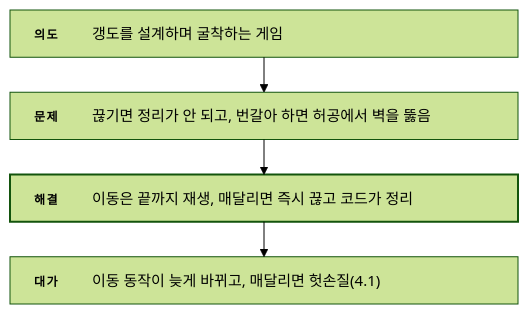
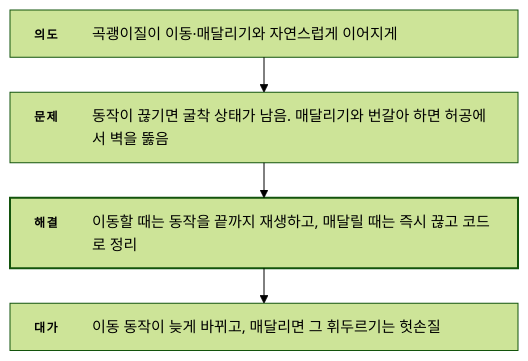
Before and after one commit to ashadeveloperr/ashadeveloperr.github.io: the fourth of 9 diagrams in src/1-folk-sack/기술문서.md, drawn with Mermaid (forest theme). The commit also changed other lines of this file and 6 other files, not shown here.

````diff
--- a/src/1-folk-sack/기술문서.md
+++ b/src/1-folk-sack/기술문서.md
@@ -185,18 +203,18 @@
 ```mermaid
 ---
 config:
   layout: elk
   flowchart:
     wrappingWidth: 520
     padding: 12
 ---
 flowchart TB
   %% feature-flow — _local/flow-diagrams.py가 만듦
-  I["<div style='width:460px;display:flex;gap:14px;align-items:baseline;text-align:left;white-space:normal'><span style='flex:0 0 44px;padding-top:2px;font-size:12px;font-weight:700;letter-spacing:.12em;color:var(--accent-ink)'>의도</span><span style='flex:1;font-size:15px;line-height:1.55;color:var(--ink)'>갱도를 설계하며 굴착하는 게임</span></div>"]
-  P["<div style='width:460px;display:flex;gap:14px;align-items:baseline;text-align:left;white-space:normal'><span style='flex:0 0 44px;padding-top:2px;font-size:12px;font-weight:700;letter-spacing:.12em;color:var(--accent-ink)'>문제</span><span style='flex:1;font-size:15px;line-height:1.55;color:var(--ink)'>끊기면 정리가 안 되고, 번갈아 하면 허공에서 벽을 뚫음</span></div>"]
-  S["<div style='width:460px;display:flex;gap:14px;align-items:baseline;text-align:left;white-space:normal'><span style='flex:0 0 44px;padding-top:2px;font-size:12px;font-weight:700;letter-spacing:.12em;color:var(--accent-ink)'>해결</span><span style='flex:1;font-size:15px;line-height:1.55;color:var(--ink)'>이동은 끝까지 재생, 매달리면 즉시 끊고 코드가 정리</span></div>"]
-  R["<div style='width:460px;display:flex;gap:14px;align-items:baseline;text-align:left;white-space:normal'><span style='flex:0 0 44px;padding-top:2px;font-size:12px;font-weight:700;letter-spacing:.12em;color:var(--accent-ink)'>대가</span><span style='flex:1;font-size:15px;line-height:1.55;color:var(--ink)'>이동 동작이 늦게 바뀌고, 매달리면 헛손질(4.1)</span></div>"]
+  I["<div style='width:460px;display:flex;gap:14px;align-items:baseline;text-align:left;white-space:normal'><span style='flex:0 0 44px;padding-top:2px;font-size:12px;font-weight:700;letter-spacing:.12em;color:var(--accent-ink)'>의도</span><span style='flex:1;font-size:15px;line-height:1.55;color:var(--ink)'>곡괭이질이 이동·매달리기와 자연스럽게 이어지게</span></div>"]
+  P["<div style='width:460px;display:flex;gap:14px;align-items:baseline;text-align:left;white-space:normal'><span style='flex:0 0 44px;padding-top:2px;font-size:12px;font-weight:700;letter-spacing:.12em;color:var(--accent-ink)'>문제</span><span style='flex:1;font-size:15px;line-height:1.55;color:var(--ink)'>동작이 끊기면 굴착 상태가 남음. 매달리기와 번갈아 하면 허공에서 벽을 뚫음</span></div>"]
+  S["<div style='width:460px;display:flex;gap:14px;align-items:baseline;text-align:left;white-space:normal'><span style='flex:0 0 44px;padding-top:2px;font-size:12px;font-weight:700;letter-spacing:.12em;color:var(--accent-ink)'>해결</span><span style='flex:1;font-size:15px;line-height:1.55;color:var(--ink)'>이동할 때는 동작을 끝까지 재생하고, 매달릴 때는 즉시 끊고 코드로 정리</span></div>"]
+  R["<div style='width:460px;display:flex;gap:14px;align-items:baseline;text-align:left;white-space:normal'><span style='flex:0 0 44px;padding-top:2px;font-size:12px;font-weight:700;letter-spacing:.12em;color:var(--accent-ink)'>대가</span><span style='flex:1;font-size:15px;line-height:1.55;color:var(--ink)'>이동 동작이 늦게 바뀌고, 매달리면 그 휘두르기는 헛손질</span></div>"]
   I --> P --> S --> R
   classDef key stroke-width:2px
   class S key
 ```
````
